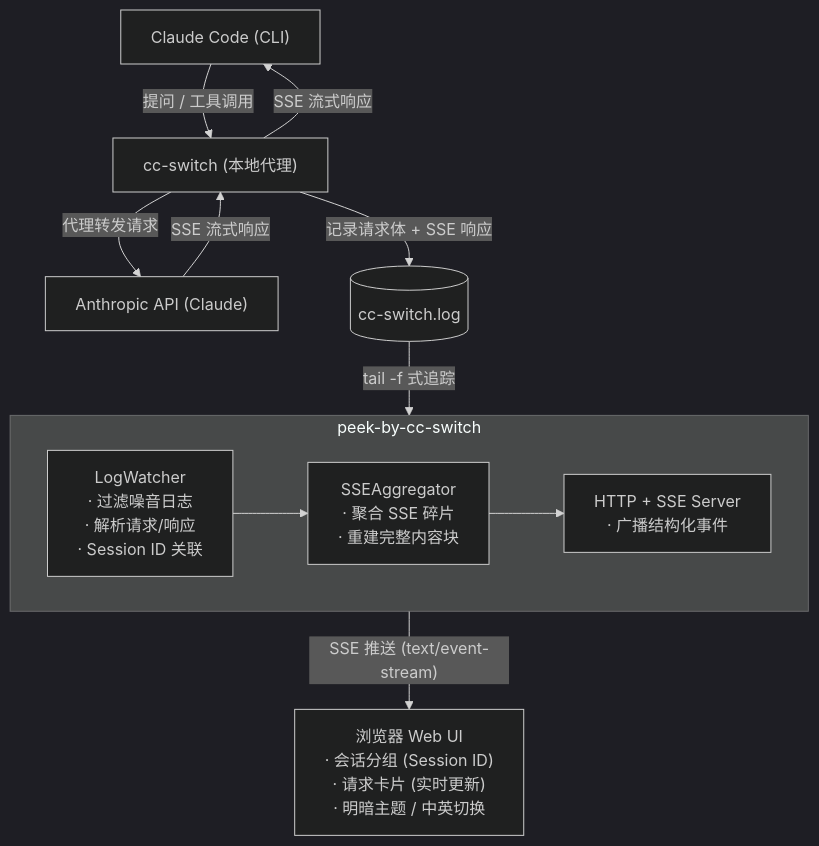
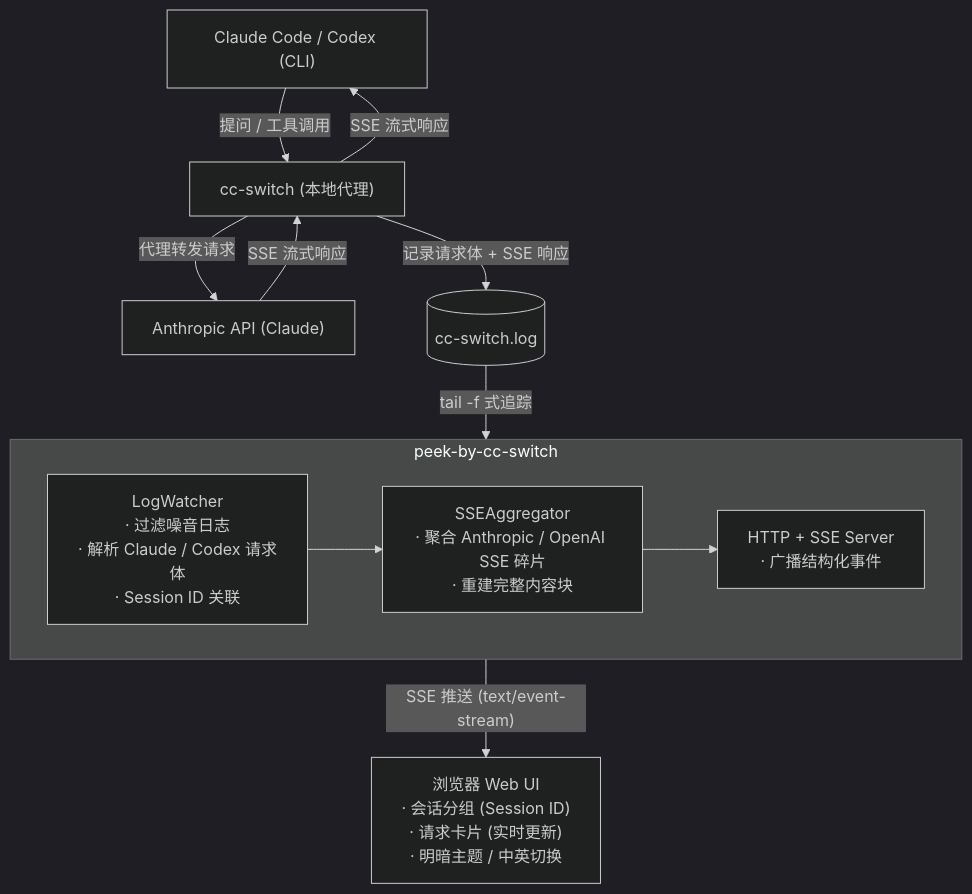
One commit to Mzs-code/peek-by-cc-switch changed the diagram in README.md. Above: the diagram before and after it, drawn with Mermaid (dark theme). The commit also changed other lines of this file and 6 other files, not shown here.

````diff
--- a/README.md
+++ b/README.md
@@ -33,25 +33,25 @@
 ```mermaid
 flowchart TD
-    CC["Claude Code (CLI)"]
+    CC["Claude Code / Codex (CLI)"]
     SW["cc-switch (本地代理)"]
     API["Anthropic API (Claude)"]
     LOG[("cc-switch.log")]
 
     CC -- "提问 / 工具调用" --> SW
     SW -- "代理转发请求" --> API
     API -- "SSE 流式响应" --> SW
     SW -- "SSE 流式响应" --> CC
     SW -- "记录请求体 + SSE 响应" --> LOG
 
     LOG -- "tail -f 式追踪" --> PEEK
 
     subgraph PEEK ["peek-by-cc-switch"]
         direction LR
-        LW["LogWatcher<br/>· 过滤噪音日志<br/>· 解析请求/响应<br/>· Session ID 关联"]
-        AGG["SSEAggregator<br/>· 聚合 SSE 碎片<br/>· 重建完整内容块"]
+        LW["LogWatcher<br/>· 过滤噪音日志<br/>· 解析 Claude / Codex 请求体<br/>· Session ID 关联"]
+        AGG["SSEAggregator<br/>· 聚合 Anthropic / OpenAI SSE 碎片<br/>· 重建完整内容块"]
         SRV["HTTP + SSE Server<br/>· 广播结构化事件"]
         LW --> AGG --> SRV
     end
 
     PEEK -- "SSE 推送 (text/event-stream)" --> UI["浏览器 Web UI<br/>· 会话分组 (Session ID)<br/>· 请求卡片 (实时更新)<br/>· 明暗主题 / 中英切换"]
 ```
````
